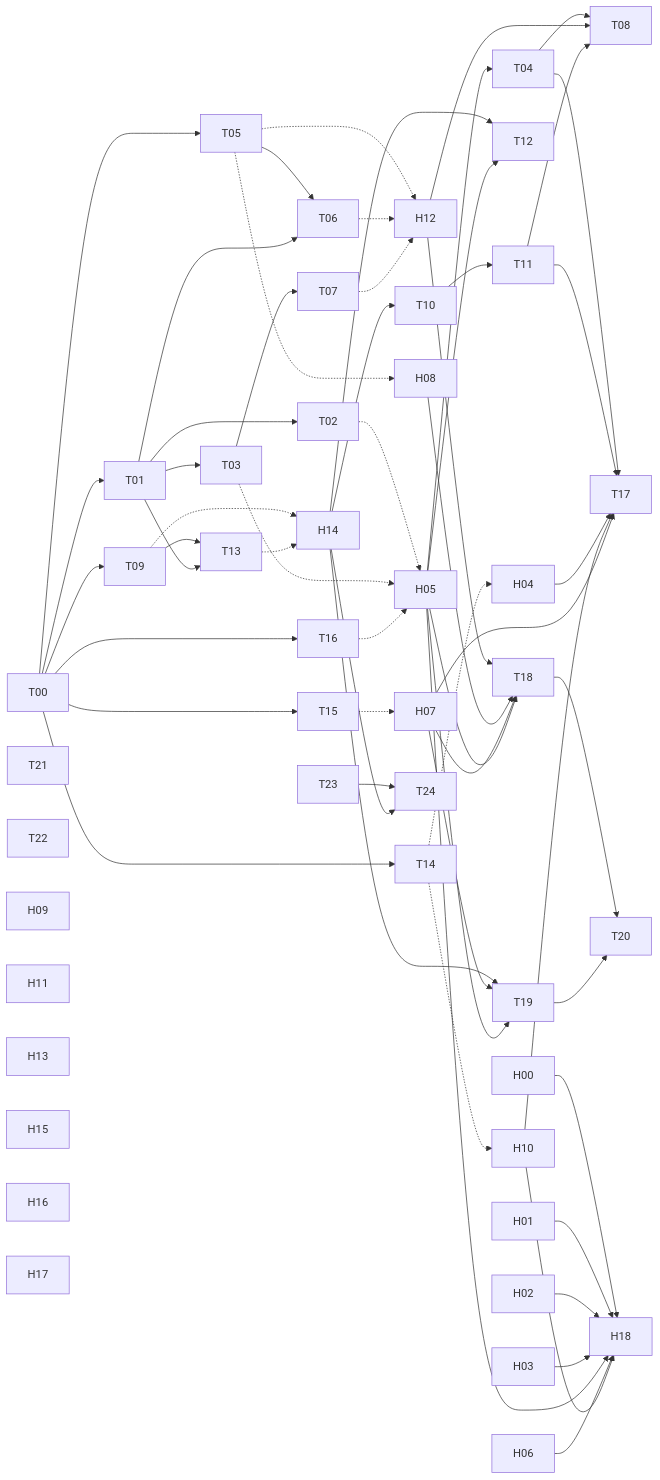
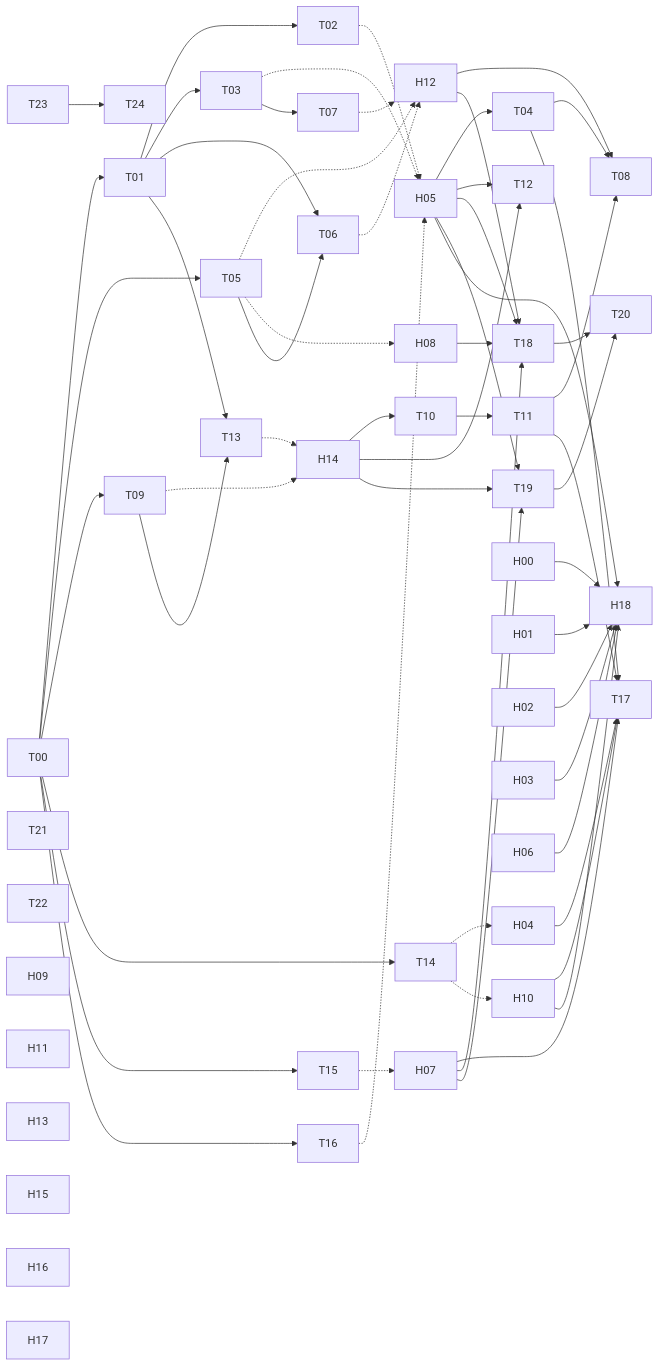
Before and after one commit to cuiyucheng0104-afk/beiming-engine: the diagram in docs/routes/work-breakdown.md, drawn with Mermaid. The commit also changed other lines of this file and 6 other files, not shown here.

````diff
--- a/docs/routes/work-breakdown.md
+++ b/docs/routes/work-breakdown.md
@@ -55,67 +55,66 @@
 ```mermaid
 flowchart LR
   T00 --> T01
   T01 --> T02
   T02 -.-> H05
   T01 --> T03
   T03 -.-> H05
   H05 --> T04
   T00 --> T05
   T05 -.-> H12
   T05 -.-> H08
   T05 --> T06
   T01 --> T06
   T06 -.-> H12
   T03 --> T07
   T07 -.-> H12
   T04 --> T08
   H12 --> T08
   T11 --> T08
   T00 --> T09
   T09 -.-> H14
   H14 --> T10
   T10 --> T11
   H14 --> T12
   H05 --> T12
   T09 --> T13
   T01 --> T13
   T13 -.-> H14
   T00 --> T14
   T14 -.-> H04
   T14 -.-> H10
   T00 --> T15
   T15 -.-> H07
   T00 --> T16
   T16 -.-> H05
   T04 --> T17
   T11 --> T17
   H04 --> T17
   H10 --> T17
   H07 --> T17
   H12 --> T18
   H08 --> T18
   H07 --> T18
   H05 --> T18
   H14 --> T19
   H07 --> T19
   H05 --> T19
   T18 --> T20
   T19 --> T20
   T23 --> T24
-  H14 --> T24
   H00 --> H18
   H01 --> H18
   H02 --> H18
   H03 --> H18
   H05 --> H18
   H06 --> H18
   H10 --> H18
   T21
   T22
   H09
   H11
   H13
   H15
   H16
   H17
 ```
````
